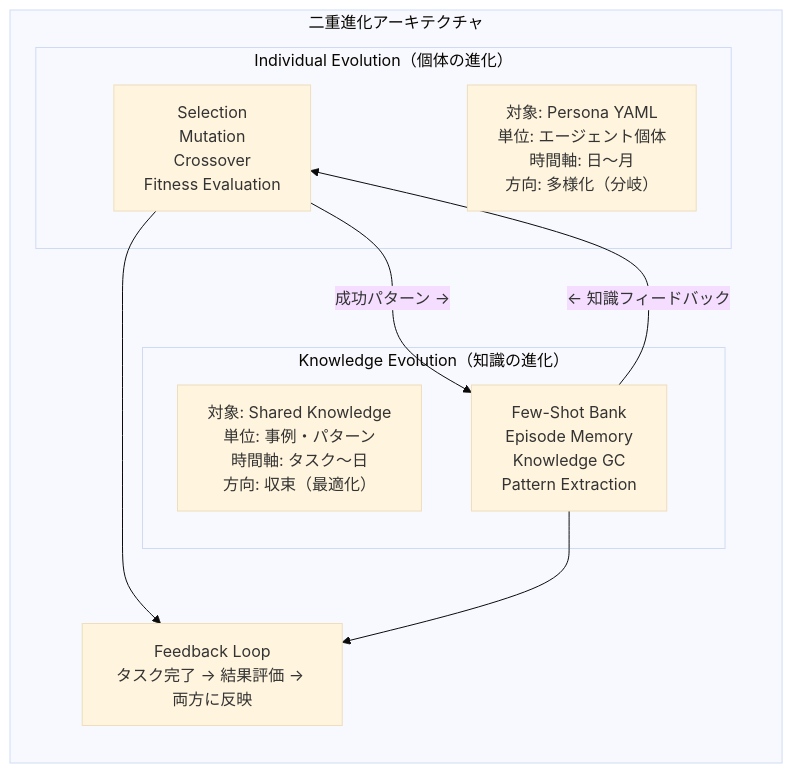
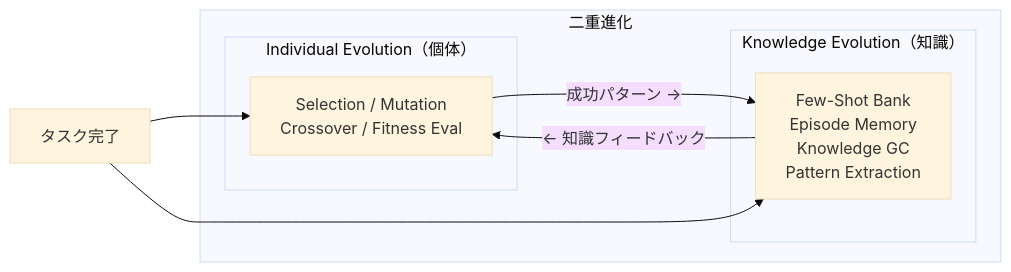
Before and after one commit to skaji18/tanebi: the third of 3 diagrams in docs/design.md, drawn with Mermaid (base theme). The commit also changed other lines of this file and 4 other files, not shown here.

````diff
--- a/docs/design.md
+++ b/docs/design.md
@@ -346,22 +926,15 @@
 ```mermaid
 graph LR
-    subgraph DualEvo["二重進化アーキテクチャ"]
-        subgraph IE["Individual Evolution（個体の進化）"]
-            IE_meta["対象: Persona YAML<br/>単位: エージェント個体<br/>時間軸: 日〜月<br/>方向: 多様化（分岐）"]
-            IE_ops["Selection<br/>Mutation<br/>Crossover<br/>Fitness Evaluation"]
+    subgraph DualEvo["二重進化"]
+        subgraph IE["Individual Evolution（個体）"]
+            IE_ops["Selection / Mutation<br/>Crossover / Fitness Eval"]
         end
-
-        subgraph KE["Knowledge Evolution（知識の進化）"]
-            KE_meta["対象: Shared Knowledge<br/>単位: 事例・パターン<br/>時間軸: タスク〜日<br/>方向: 収束（最適化）"]
+        subgraph KE["Knowledge Evolution（知識）"]
             KE_ops["Few-Shot Bank<br/>Episode Memory<br/>Knowledge GC<br/>Pattern Extraction"]
         end
-
         IE_ops -- "成功パターン →" --> KE_ops
         KE_ops -- "← 知識フィードバック" --> IE_ops
-
-        FB["Feedback Loop<br/>タスク完了 → 結果評価 → 両方に反映"]
     end
-
-    IE_ops --> FB
-    KE_ops --> FB
+    TC["タスク完了"] --> IE_ops
+    TC --> KE_ops
 ```
````
